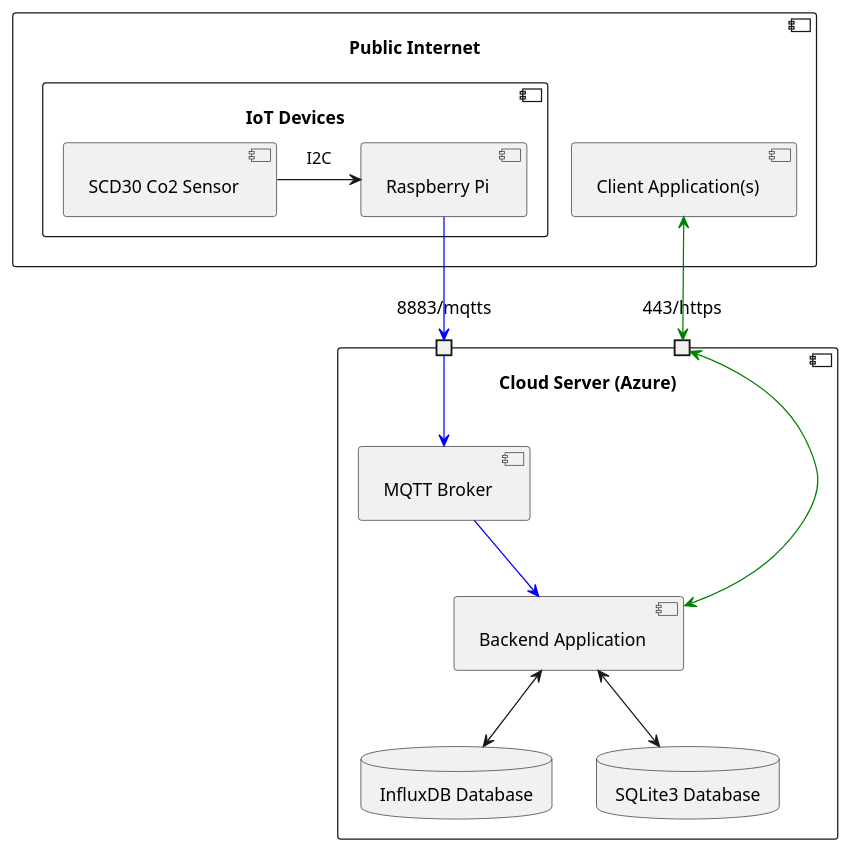
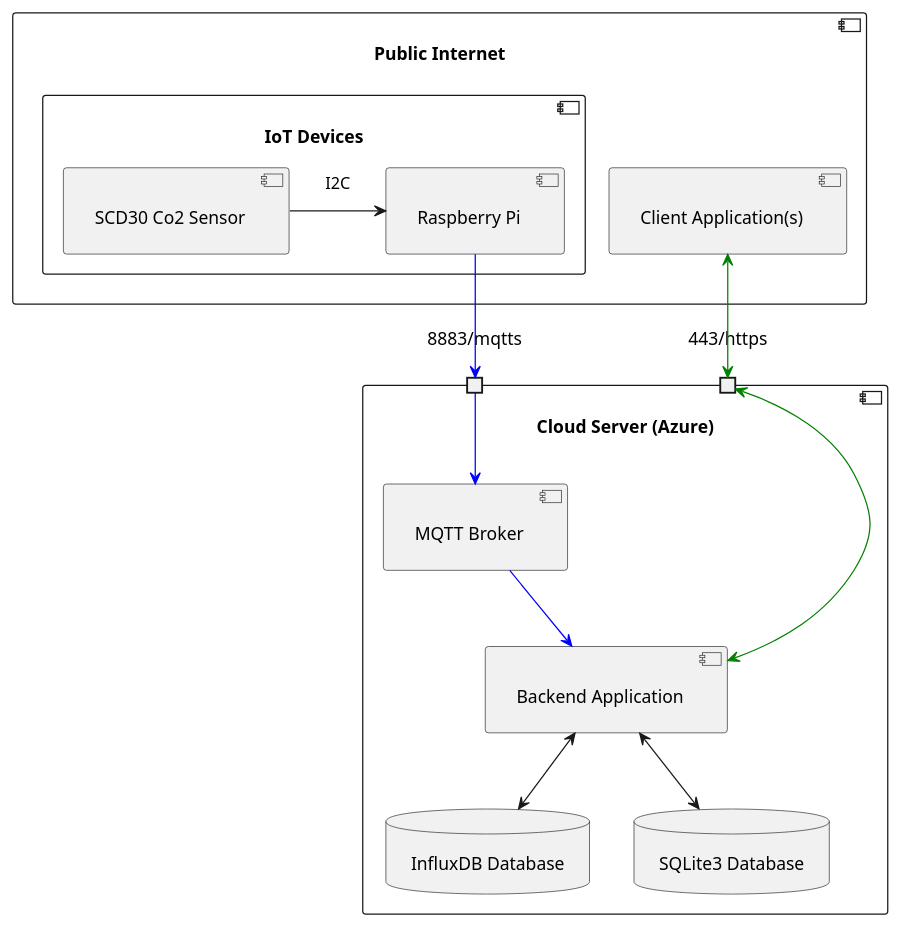
One commit to mika-leskinen/iot-test changed the diagram in docs/architecture.puml. Above: the diagram before and after it, drawn with PlantUML. The commit also changed 3 other files, not shown here.

Commit message:
Add architecture images

```diff
--- a/docs/architecture.puml
+++ b/docs/architecture.puml
@@ -1,42 +1,42 @@
 @startuml "architecture"
 
-skinparam padding 5
+skinparam padding 10
 
 component "Cloud Server (Azure)" {
   component "Backend Application"
   database "InfluxDB Database"
   database "SQLite3 Database"
   component "MQTT Broker"
 '  component "OpenVPN Server"
 '  portIn vpn
   portIn "8883/mqtts"
   portIn "443/https"
 }
 
 component "Public Internet" {
   component "Client Application(s)"
 '  component "Dev Machine"
   component "IoT Devices" {
     component "Raspberry Pi"
     component "SCD30 Co2 Sensor"
   }
 }
 
 [SCD30 Co2 Sensor] -> [Raspberry Pi] : I2C
 [Raspberry Pi] -[#blue]-> [8883/mqtts]
 [8883/mqtts] -[#blue]-> [MQTT Broker]
 [MQTT Broker] --[#blue]> [Backend Application]
 [Backend Application] <--> [InfluxDB Database]
 [Backend Application] <--> [SQLite3 Database]
 [Client Application(s)] <-[#green]-> [443/https]
 [443/https] <-[#green]-> [Backend Application]
 
 /'
 [Raspberry Pi] <-[#red]-> [vpn] : vpn
 [Backend Application] <-[#red]-> [OpenVPN Server] : vpn
 [MQTT Broker] <-[#red]-> [OpenVPN Server] : vpn
 [Dev Machine] <-[#red]-> [vpn] : vpn
 [vpn] <-[#red]-> [OpenVPN Server] : vpn
 '/
 
 @enduml
```
